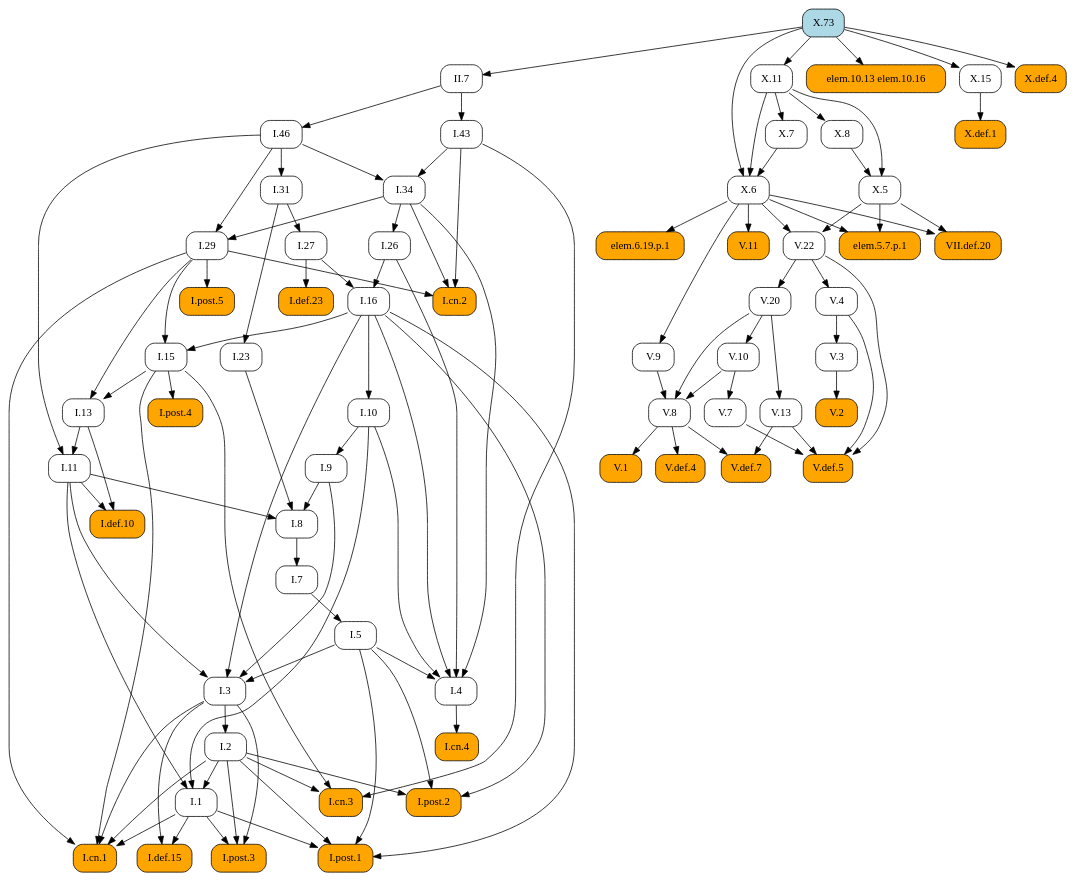
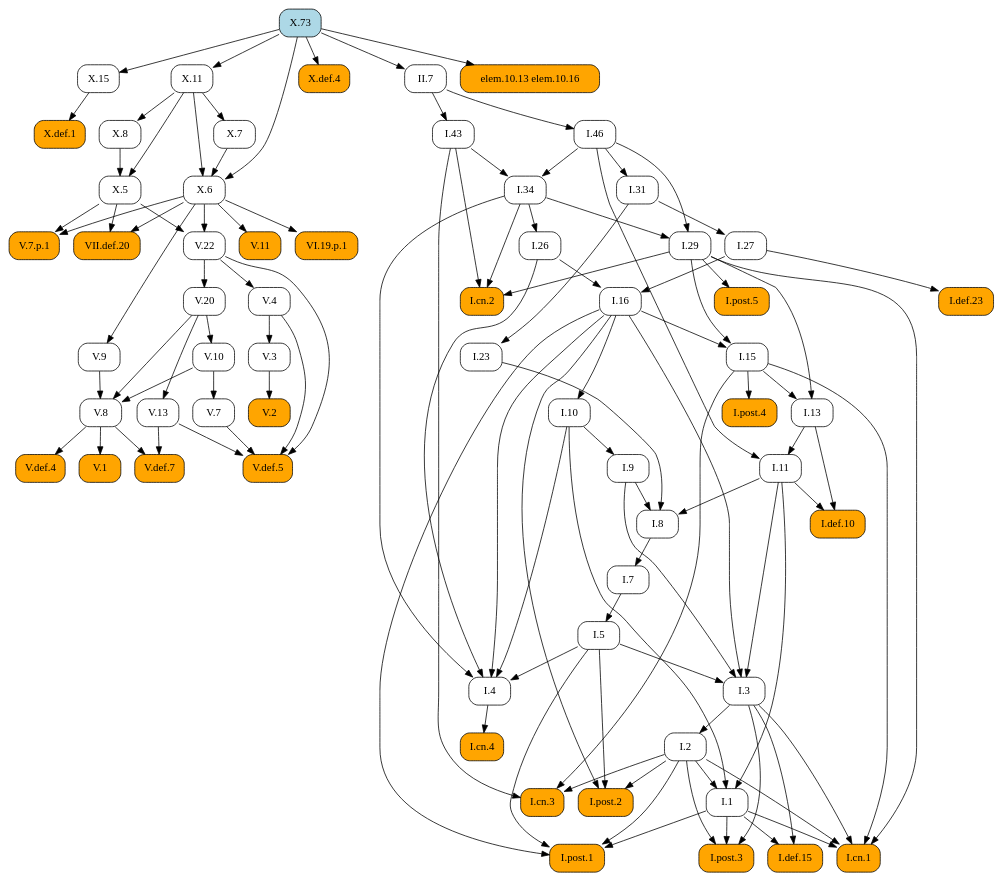
The diagram in docsrc/heath/X/73/index.rst (geometor/elements), drawn with Graphviz before and after one commit. The commit also changed 484 other files, not shown here.

```diff
--- a/docsrc/heath/X/73/index.rst
+++ b/docsrc/heath/X/73/index.rst
@@ -40,173 +40,173 @@
    digraph {
      rankdir="TB";
      node [shape=box, style=rounded];
+     "I.23" [URL="/heath/I/23/", target="_top"];
+     "X.15" [URL="/heath/X/15/", target="_top"];
+     "I.9" [URL="/heath/I/9/", target="_top"];
+     "X.11" [URL="/heath/X/11/", target="_top"];
+     "I.def.15" [style="rounded,filled", fillcolor=orange, URL="/heath/I/def.15/", target="_top"];
+     "V.13" [URL="/heath/V/13/", target="_top"];
+     "V.7" [URL="/heath/V/7/", target="_top"];
+     "V.7.p.1" [style="rounded,filled", fillcolor=orange];
+     "X.8" [URL="/heath/X/8/", target="_top"];
+     "I.post.3" [style="rounded,filled", fillcolor=orange, URL="/heath/I/post.3/", target="_top"];
+     "I.post.1" [style="rounded,filled", fillcolor=orange, URL="/heath/I/post.1/", target="_top"];
+     "V.def.5" [style="rounded,filled", fillcolor=orange, URL="/heath/V/def.5/", target="_top"];
+     "I.43" [URL="/heath/I/43/", target="_top"];
+     "X.6" [URL="/heath/X/6/", target="_top"];
+     "V.9" [URL="/heath/V/9/", target="_top"];
+     "I.31" [URL="/heath/I/31/", target="_top"];
      "I.def.10" [style="rounded,filled", fillcolor=orange, URL="/heath/I/def.10/", target="_top"];
+     "V.10" [URL="/heath/V/10/", target="_top"];
+     "V.4" [URL="/heath/V/4/", target="_top"];
+     "X.def.4" [style="rounded,filled", fillcolor=orange, URL="/heath/X/def.4/", target="_top"];
+     "V.20" [URL="/heath/V/20/", target="_top"];
+     "I.27" [URL="/heath/I/27/", target="_top"];
+     "V.11" [style="rounded,filled", fillcolor=orange, URL="/heath/V/11/", target="_top"];
+     "II.7" [URL="/heath/II/7/", target="_top"];
+     "I.34" [URL="/heath/I/34/", target="_top"];
+     "VII.def.20" [style="rounded,filled", fillcolor=orange, URL="/heath/VII/def.20/", target="_top"];
+     "I.3" [URL="/heath/I/3/", target="_top"];
+     "V.def.4" [style="rounded,filled", fillcolor=orange, URL="/heath/V/def.4/", target="_top"];
+     "elem.10.13 elem.10.16" [style="rounded,filled", fillcolor=orange];
+     "V.2" [style="rounded,filled", fillcolor=orange, URL="/heath/V/2/", target="_top"];
+     "I.cn.1" [style="rounded,filled", fillcolor=orange, URL="/heath/I/cn.1/", target="_top"];
+     "V.def.7" [style="rounded,filled", fillcolor=orange, URL="/heath/V/def.7/", target="_top"];
+     "I.7" [URL="/heath/I/7/", target="_top"];
+     "I.2" [URL="/heath/I/2/", target="_top"];
+     "X.73" [style="rounded,filled", fillcolor=lightblue, URL="/heath/X/73/", target="_top"];
+     "V.3" [URL="/heath/V/3/", target="_top"];
+     "I.13" [URL="/heath/I/13/", target="_top"];
+     "I.post.4" [style="rounded,filled", fillcolor=orange, URL="/heath/I/post.4/", target="_top"];
+     "X.def.1" [style="rounded,filled", fillcolor=orange, URL="/heath/X/def.1/", target="_top"];
+     "I.4" [URL="/heath/I/4/", target="_top"];
+     "I.1" [URL="/heath/I/1/", target="_top"];
+     "X.5" [URL="/heath/X/5/", target="_top"];
+     "I.5" [URL="/heath/I/5/", target="_top"];
+     "I.8" [URL="/heath/I/8/", target="_top"];
+     "VI.19.p.1" [style="rounded,filled", fillcolor=orange];
+     "I.cn.3" [style="rounded,filled", fillcolor=orange, URL="/heath/I/cn.3/", target="_top"];
+     "I.29" [URL="/heath/I/29/", target="_top"];
+     "I.16" [URL="/heath/I/16/", target="_top"];
+     "V.8" [URL="/heath/V/8/", target="_top"];
+     "X.7" [URL="/heath/X/7/", target="_top"];
+     "I.15" [URL="/heath/I/15/", target="_top"];
+     "V.22" [URL="/heath/V/22/", target="_top"];
      "I.11" [URL="/heath/I/11/", target="_top"];
-     "I.post.4" [style="rounded,filled", fillcolor=orange, URL="/heath/I/post.4/", target="_top"];
-     "I.1" [URL="/heath/I/1/", target="_top"];
+     "V.1" [style="rounded,filled", fillcolor=orange, URL="/heath/V/1/", target="_top"];
+     "I.def.23" [style="rounded,filled", fillcolor=orange, URL="/heath/I/def.23/", target="_top"];
+     "I.10" [URL="/heath/I/10/", target="_top"];
+     "I.cn.2" [style="rounded,filled", fillcolor=orange, URL="/heath/I/cn.2/", target="_top"];
+     "I.post.5" [style="rounded,filled", fillcolor=orange, URL="/heath/I/post.5/", target="_top"];
+     "I.cn.4" [style="rounded,filled", fillcolor=orange, URL="/heath/I/cn.4/", target="_top"];
+     "I.post.2" [style="rounded,filled", fillcolor=orange, URL="/heath/I/post.2/", target="_top"];
+     "I.46" [URL="/heath/I/46/", target="_top"];
      "I.26" [URL="/heath/I/26/", target="_top"];
-     "I.29" [URL="/heath/I/29/", target="_top"];
-     "V.def.5" [style="rounded,filled", fillcolor=orange, URL="/heath/V/def.5/", target="_top"];
-     "V.22" [URL="/heath/V/22/", target="_top"];
-     "X.73" [style="rounded,filled", fillcolor=lightblue, URL="/heath/X/73/", target="_top"];
-     "I.cn.2" [style="rounded,filled", fillcolor=orange, URL="/heath/I/cn.2/", target="_top"];
-     "X.6" [URL="/heath/X/6/", target="_top"];
-     "X.def.1" [style="rounded,filled", fillcolor=orange, URL="/heath/X/def.1/", target="_top"];
-     "X.8" [URL="/heath/X/8/", target="_top"];
-     "V.20" [URL="/heath/V/20/", target="_top"];
-     "V.11" [style="rounded,filled", fillcolor=orange, URL="/heath/V/11/", target="_top"];
-     "V.10" [URL="/heath/V/10/", target="_top"];
-     "V.13" [URL="/heath/V/13/", target="_top"];
-     "I.def.15" [style="rounded,filled", fillcolor=orange, URL="/heath/I/def.15/", target="_top"];
-     "I.post.3" [style="rounded,filled", fillcolor=orange, URL="/heath/I/post.3/", target="_top"];
-     "I.cn.1" [style="rounded,filled", fillcolor=orange, URL="/heath/I/cn.1/", target="_top"];
-     "I.cn.3" [style="rounded,filled", fillcolor=orange, URL="/heath/I/cn.3/", target="_top"];
-     "V.7" [URL="/heath/V/7/", target="_top"];
-     "elem.10.13 elem.10.16" [style="rounded,filled", fillcolor=orange];
-     "V.9" [URL="/heath/V/9/", target="_top"];
-     "I.23" [URL="/heath/I/23/", target="_top"];
-     "I.43" [URL="/heath/I/43/", target="_top"];
-     "V.3" [URL="/heath/V/3/", target="_top"];
-     "I.post.1" [style="rounded,filled", fillcolor=orange, URL="/heath/I/post.1/", target="_top"];
-     "X.7" [URL="/heath/X/7/", target="_top"];
-     "elem.6.19.p.1" [style="rounded,filled", fillcolor=orange];
-     "I.10" [URL="/heath/I/10/", target="_top"];
-     "V.8" [URL="/heath/V/8/", target="_top"];
-     "I.27" [URL="/heath/I/27/", target="_top"];
-     "I.46" [URL="/heath/I/46/", target="_top"];
-     "I.7" [URL="/heath/I/7/", target="_top"];
-     "I.34" [URL="/heath/I/34/", target="_top"];
-     "I.3" [URL="/heath/I/3/", target="_top"];
-     "I.2" [URL="/heath/I/2/", target="_top"];
-     "I.4" [URL="/heath/I/4/", target="_top"];
-     "I.def.23" [style="rounded,filled", fillcolor=orange, URL="/heath/I/def.23/", target="_top"];
-     "I.13" [URL="/heath/I/13/", target="_top"];
-     "II.7" [URL="/heath/II/7/", target="_top"];
-     "V.4" [URL="/heath/V/4/", target="_top"];
-     "elem.5.7.p.1" [style="rounded,filled", fillcolor=orange];
-     "I.31" [URL="/heath/I/31/", target="_top"];
-     "I.post.2" [style="rounded,filled", fillcolor=orange, URL="/heath/I/post.2/", target="_top"];
-     "V.1" [style="rounded,filled", fillcolor=orange, URL="/heath/V/1/", target="_top"];
-     "I.16" [URL="/heath/I/16/", target="_top"];
-     "I.9" [URL="/heath/I/9/", target="_top"];
-     "X.5" [URL="/heath/X/5/", target="_top"];
-     "X.11" [URL="/heath/X/11/", target="_top"];
-     "I.8" [URL="/heath/I/8/", target="_top"];
-     "V.def.4" [style="rounded,filled", fillcolor=orange, URL="/heath/V/def.4/", target="_top"];
-     "I.cn.4" [style="rounded,filled", fillcolor=orange, URL="/heath/I/cn.4/", target="_top"];
-     "V.2" [style="rounded,filled", fillcolor=orange, URL="/heath/V/2/", target="_top"];
-     "I.15" [URL="/heath/I/15/", target="_top"];
-     "I.post.5" [style="rounded,filled", fillcolor=orange, URL="/heath/I/post.5/", target="_top"];
-     "X.15" [URL="/heath/X/15/", target="_top"];
-     "V.def.7" [style="rounded,filled", fillcolor=orange, URL="/heath/V/def.7/", target="_top"];
-     "X.def.4" [style="rounded,filled", fillcolor=orange, URL="/heath/X/def.4/", target="_top"];
-     "VII.def.20" [style="rounded,filled", fillcolor=orange, URL="/heath/VII/def.20/", target="_top"];
-     "I.5" [URL="/heath/I/5/", target="_top"];
-     "I.11" -> "I.def.10";
-     "I.13" -> "I.def.10";
-     "I.13" -> "I.11";
-     "I.46" -> "I.11";
-     "I.15" -> "I.post.4";
-     "I.2" -> "I.1";
-     "I.10" -> "I.1";
-     "I.11" -> "I.1";
-     "I.34" -> "I.26";
-     "I.34" -> "I.29";
-     "I.46" -> "I.29";
+     "I.31" -> "I.23";
+     "X.73" -> "X.15";
+     "I.10" -> "I.9";
+     "X.73" -> "X.11";
+     "I.1" -> "I.def.15";
+     "I.3" -> "I.def.15";
+     "V.20" -> "V.13";
+     "V.10" -> "V.7";
+     "X.5" -> "V.7.p.1";
+     "X.6" -> "V.7.p.1";
+     "X.11" -> "X.8";
+     "I.1" -> "I.post.3";
+     "I.2" -> "I.post.3";
+     "I.3" -> "I.post.3";
+     "I.1" -> "I.post.1";
+     "I.2" -> "I.post.1";
+     "I.5" -> "I.post.1";
+     "I.16" -> "I.post.1";
      "V.4" -> "V.def.5";
      "V.7" -> "V.def.5";
      "V.13" -> "V.def.5";
      "V.22" -> "V.def.5";
-     "X.5" -> "V.22";
-     "X.6" -> "V.22";
-     "I.29" -> "I.cn.2";
-     "I.34" -> "I.cn.2";
-     "I.43" -> "I.cn.2";
+     "II.7" -> "I.43";
      "X.7" -> "X.6";
      "X.11" -> "X.6";
      "X.73" -> "X.6";
-     "X.15" -> "X.def.1";
-     "X.11" -> "X.8";
+     "X.6" -> "V.9";
+     "I.46" -> "I.31";
+     "I.11" -> "I.def.10";
+     "I.13" -> "I.def.10";
+     "V.20" -> "V.10";
+     "V.22" -> "V.4";
+     "X.73" -> "X.def.4";
      "V.22" -> "V.20";
+     "I.31" -> "I.27";
      "X.6" -> "V.11";
-     "V.20" -> "V.10";
-     "V.20" -> "V.13";
-     "I.1" -> "I.def.15";
-     "I.3" -> "I.def.15";
-     "I.1" -> "I.post.3";
-     "I.2" -> "I.post.3";
-     "I.3" -> "I.post.3";
+     "X.73" -> "II.7";
+     "I.43" -> "I.34";
+     "I.46" -> "I.34";
+     "X.5" -> "VII.def.20";
+     "X.6" -> "VII.def.20";
+     "I.5" -> "I.3";
+     "I.9" -> "I.3";
+     "I.11" -> "I.3";
+     "I.16" -> "I.3";
+     "V.8" -> "V.def.4";
+     "X.73" -> "elem.10.13 elem.10.16";
+     "V.3" -> "V.2";
      "I.1" -> "I.cn.1";
      "I.2" -> "I.cn.1";
      "I.3" -> "I.cn.1";
      "I.15" -> "I.cn.1";
      "I.29" -> "I.cn.1";
-     "I.2" -> "I.cn.3";
-     "I.15" -> "I.cn.3";
-     "I.43" -> "I.cn.3";
-     "V.10" -> "V.7";
-     "X.73" -> "elem.10.13 elem.10.16";
-     "X.6" -> "V.9";
-     "I.31" -> "I.23";
-     "II.7" -> "I.43";
+     "V.8" -> "V.def.7";
+     "V.13" -> "V.def.7";
+     "I.8" -> "I.7";
+     "I.3" -> "I.2";
      "V.4" -> "V.3";
-     "I.1" -> "I.post.1";
-     "I.2" -> "I.post.1";
-     "I.5" -> "I.post.1";
-     "I.16" -> "I.post.1";
-     "X.11" -> "X.7";
-     "X.6" -> "elem.6.19.p.1";
-     "I.16" -> "I.10";
-     "V.9" -> "V.8";
-     "V.10" -> "V.8";
-     "V.20" -> "V.8";
-     "I.31" -> "I.27";
-     "II.7" -> "I.46";
-     "I.8" -> "I.7";
-     "I.43" -> "I.34";
-     "I.46" -> "I.34";
-     "I.5" -> "I.3";
-     "I.9" -> "I.3";
-     "I.11" -> "I.3";
-     "I.16" -> "I.3";
-     "I.3" -> "I.2";
+     "I.15" -> "I.13";
+     "I.29" -> "I.13";
+     "I.15" -> "I.post.4";
+     "X.15" -> "X.def.1";
      "I.5" -> "I.4";
      "I.10" -> "I.4";
      "I.16" -> "I.4";
      "I.26" -> "I.4";
      "I.34" -> "I.4";
+     "I.2" -> "I.1";
+     "I.10" -> "I.1";
+     "I.11" -> "I.1";
+     "X.8" -> "X.5";
+     "X.11" -> "X.5";
+     "I.7" -> "I.5";
+     "I.9" -> "I.8";
+     "I.11" -> "I.8";
+     "I.23" -> "I.8";
+     "X.6" -> "VI.19.p.1";
+     "I.2" -> "I.cn.3";
+     "I.15" -> "I.cn.3";
+     "I.43" -> "I.cn.3";
+     "I.34" -> "I.29";
+     "I.46" -> "I.29";
+     "I.26" -> "I.16";
+     "I.27" -> "I.16";
+     "V.9" -> "V.8";
+     "V.10" -> "V.8";
+     "V.20" -> "V.8";
+     "X.11" -> "X.7";
+     "I.16" -> "I.15";
+     "I.29" -> "I.15";
+     "X.5" -> "V.22";
+     "X.6" -> "V.22";
+     "I.13" -> "I.11";
+     "I.46" -> "I.11";
+     "V.8" -> "V.1";
      "I.27" -> "I.def.23";
-     "I.15" -> "I.13";
-     "I.29" -> "I.13";
-     "X.73" -> "II.7";
-     "V.22" -> "V.4";
-     "X.5" -> "elem.5.7.p.1";
-     "X.6" -> "elem.5.7.p.1";
-     "I.46" -> "I.31";
+     "I.16" -> "I.10";
+     "I.29" -> "I.cn.2";
+     "I.34" -> "I.cn.2";
+     "I.43" -> "I.cn.2";
+     "I.29" -> "I.post.5";
+     "I.4" -> "I.cn.4";
      "I.2" -> "I.post.2";
      "I.5" -> "I.post.2";
      "I.16" -> "I.post.2";
-     "V.8" -> "V.1";
-     "I.26" -> "I.16";
-     "I.27" -> "I.16";
-     "I.10" -> "I.9";
-     "X.8" -> "X.5";
-     "X.11" -> "X.5";
-     "X.73" -> "X.11";
-     "I.9" -> "I.8";
-     "I.11" -> "I.8";
-     "I.23" -> "I.8";
-     "V.8" -> "V.def.4";
-     "I.4" -> "I.cn.4";
-     "V.3" -> "V.2";
-     "I.16" -> "I.15";
-     "I.29" -> "I.15";
-     "I.29" -> "I.post.5";
-     "X.73" -> "X.15";
-     "V.8" -> "V.def.7";
-     "V.13" -> "V.def.7";
-     "X.73" -> "X.def.4";
-     "X.5" -> "VII.def.20";
-     "X.6" -> "VII.def.20";
-     "I.7" -> "I.5";
+     "II.7" -> "I.46";
+     "I.34" -> "I.26";
    }
```
